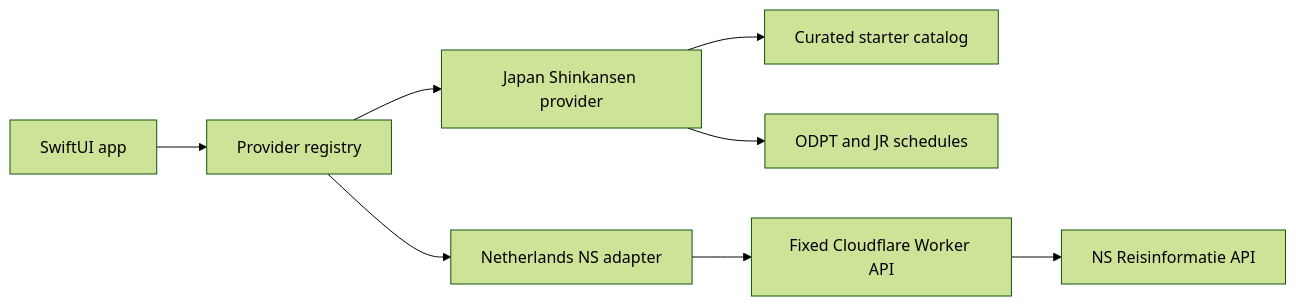
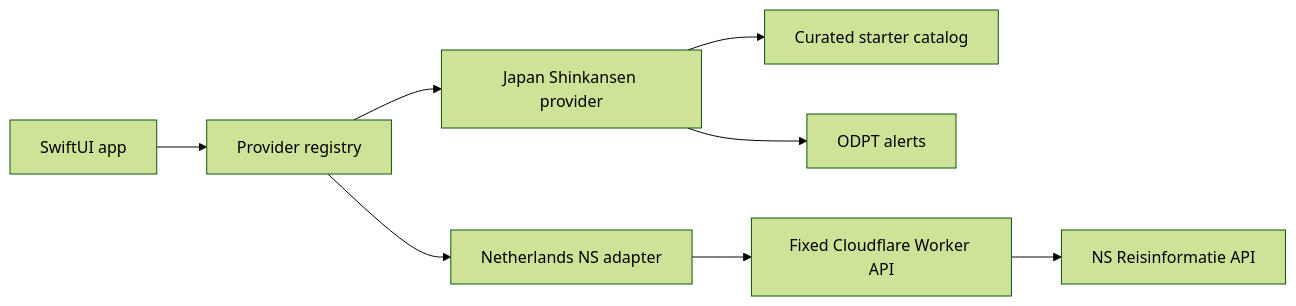
One commit to Elemperor1/Trainy changed the diagram in README.md. Above: the diagram before and after it, drawn with Mermaid (forest theme). The commit also changed other lines of this file and 13 other files, not shown here.

````diff
--- a/README.md
+++ b/README.md
@@ -135,10 +135,10 @@
 ```mermaid
 flowchart LR
     UI["SwiftUI app"] --> Registry["Provider registry"]
     Registry --> Japan["Japan Shinkansen provider"]
     Japan --> Starter["Curated starter catalog"]
-    Japan --> ODPT["ODPT and JR schedules"]
+    Japan --> ODPT["ODPT alerts"]
     Registry --> NS["Netherlands NS adapter"]
     NS --> Worker["Fixed Cloudflare Worker API"]
     Worker --> Upstream["NS Reisinformatie API"]
 ```
````
